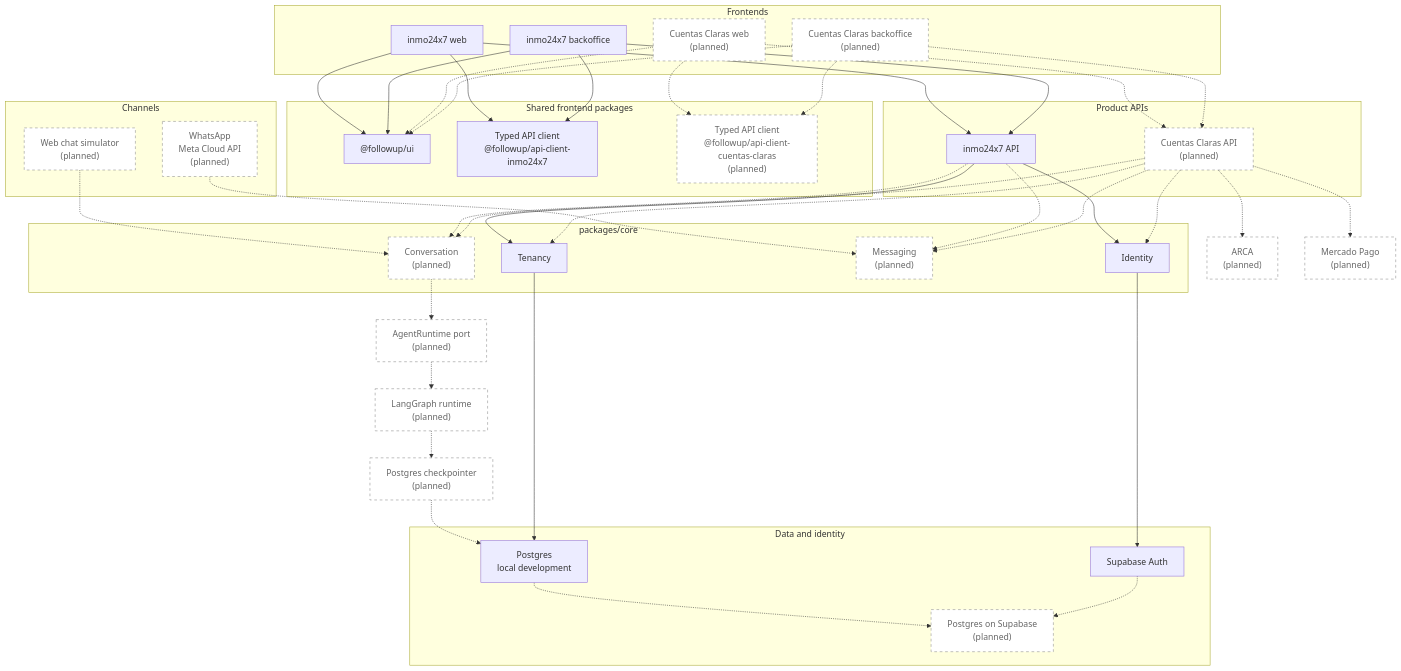
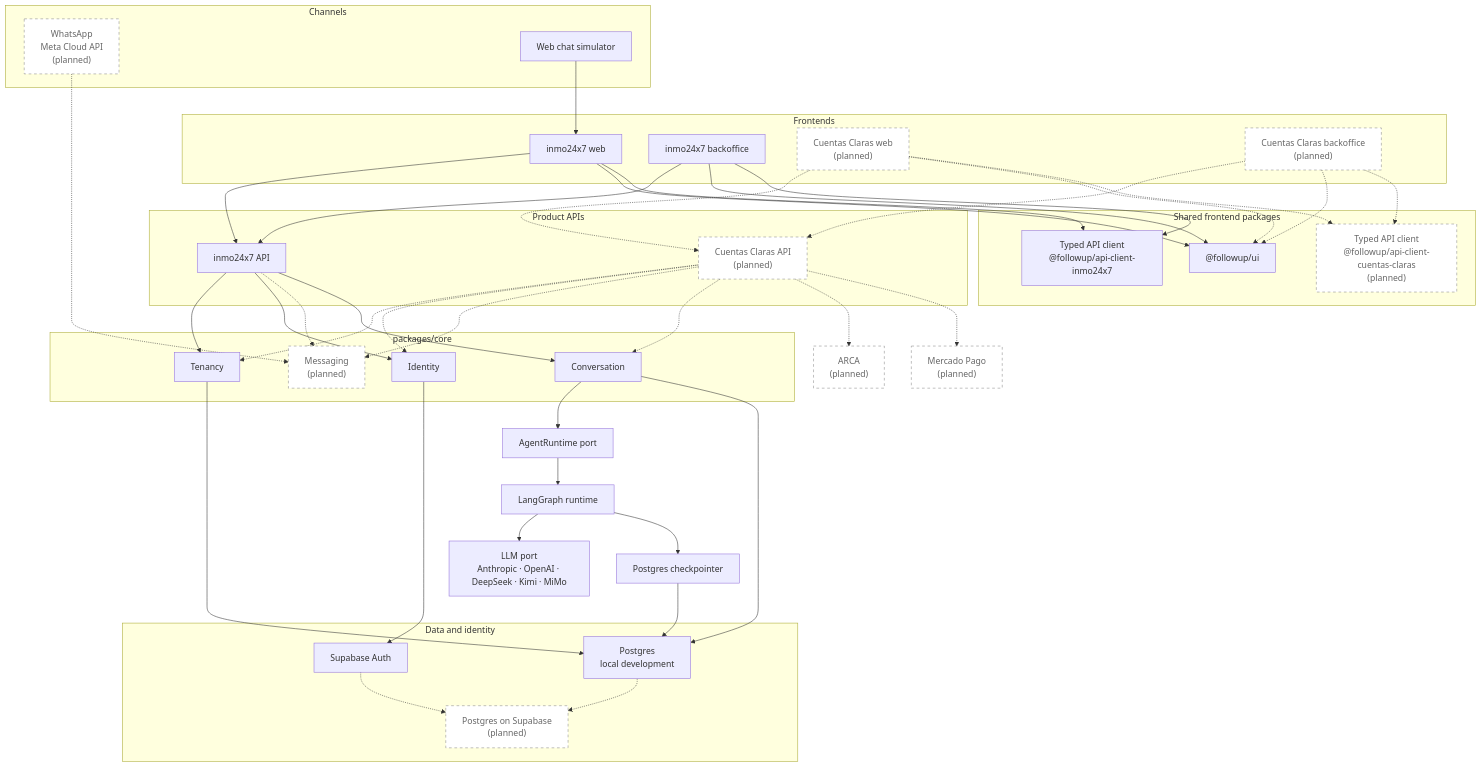
One commit to joseluismuzikant/followup-agent-24x7 changed the first of 2 diagrams in README.md. Above: the diagram before and after it, drawn with Mermaid. The commit also changed other lines of this file and 93 other files, not shown here.

````diff
--- a/README.md
+++ b/README.md
@@ -68,7 +68,7 @@
 flowchart TB
     subgraph Channels["Channels"]
         WHATSAPP["WhatsApp<br/>Meta Cloud API<br/>(planned)"]
-        SIMULATOR["Web chat simulator<br/>(planned)"]
+        SIMULATOR["Web chat simulator"]
     end
 
     subgraph Frontends["Frontends"]
@@ -93,12 +93,13 @@
         TENANCY["Tenancy"]
         IDENTITY["Identity"]
         MESSAGING["Messaging<br/>(planned)"]
-        CONVERSATION["Conversation<br/>(planned)"]
+        CONVERSATION["Conversation"]
     end
 
-    PORT["AgentRuntime port<br/>(planned)"]
-    LANGGRAPH["LangGraph runtime<br/>(planned)"]
-    CHECKPOINTER["Postgres checkpointer<br/>(planned)"]
+    PORT["AgentRuntime port"]
+    LANGGRAPH["LangGraph runtime"]
+    CHECKPOINTER["Postgres checkpointer"]
+    LLM["LLM port<br/>Anthropic · OpenAI · DeepSeek · Kimi · MiMo"]
 
     subgraph Data["Data and identity"]
         POSTGRES["Postgres<br/>local development"]
@@ -110,7 +111,7 @@
     MERCADO_PAGO["Mercado Pago<br/>(planned)"]
 
     WHATSAPP -.-> MESSAGING
-    SIMULATOR -.-> CONVERSATION
+    SIMULATOR --> WEB
 
     WEB --> API
     BACKOFFICE --> API
@@ -130,16 +131,18 @@
     API --> TENANCY
     API --> IDENTITY
     API -.-> MESSAGING
-    API -.-> CONVERSATION
+    API --> CONVERSATION
     CC_API -.-> TENANCY
     CC_API -.-> IDENTITY
     CC_API -.-> MESSAGING
     CC_API -.-> CONVERSATION
 
-    CONVERSATION -.-> PORT
-    PORT -.-> LANGGRAPH
-    LANGGRAPH -.-> CHECKPOINTER
-    CHECKPOINTER -.-> POSTGRES
+    CONVERSATION --> PORT
+    PORT --> LANGGRAPH
+    LANGGRAPH --> LLM
+    LANGGRAPH --> CHECKPOINTER
+    CHECKPOINTER --> POSTGRES
+    CONVERSATION --> POSTGRES
     TENANCY --> POSTGRES
     POSTGRES -.-> SUPABASE
     IDENTITY --> AUTH
@@ -148,5 +151,5 @@
     CC_API -.-> MERCADO_PAGO
 
     classDef planned fill:#ffffff,stroke:#8b8b8b,stroke-width:1px,stroke-dasharray: 5 5,color:#666666;
-    class WHATSAPP,SIMULATOR,CC_WEB,CC_BACKOFFICE,CC_CLIENT,CC_API,MESSAGING,CONVERSATION,PORT,LANGGRAPH,CHECKPOINTER,SUPABASE,ARCA,MERCADO_PAGO planned;
+    class WHATSAPP,CC_WEB,CC_BACKOFFICE,CC_CLIENT,CC_API,MESSAGING,SUPABASE,ARCA,MERCADO_PAGO planned;
 ```
````
